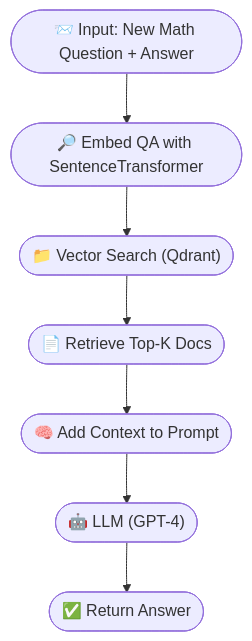
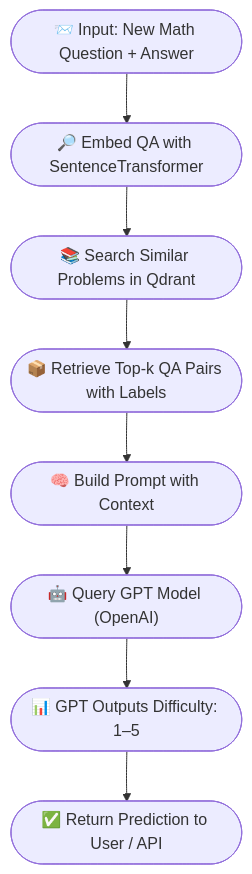
One commit to radianvp/study-lab-math-difficulty-level-estimator changed the diagram in README.md. Above: the diagram before and after it, drawn with Mermaid.

````diff
--- a/README.md
+++ b/README.md
@@ -37,9 +37,10 @@
 ```mermaid
 flowchart TD
     A(["📨 Input: New Math Question + Answer"]) --> B(["🔎 Embed QA with SentenceTransformer"])
-    B --> C(["📁 Vector Search (Qdrant)"])
-    C --> D(["📄 Retrieve Top-K Docs"])
-    D --> E(["🧠 Add Context to Prompt"])
-    E --> F(["🤖 LLM (GPT-4)"])
-    F --> G(["✅ Return Answer"])
+    B --> C(["📚 Search Similar Problems in Qdrant"])
+    C --> D(["📦 Retrieve Top-k QA Pairs with Labels"])
+    D --> E(["🧠 Build Prompt with Context"])
+    E --> F(["🤖 Query GPT Model (OpenAI)"])
+    F --> G(["📊 GPT Outputs Difficulty: 1–5"])
+    G --> H(["✅ Return Prediction to User / API"])
 ```
````
